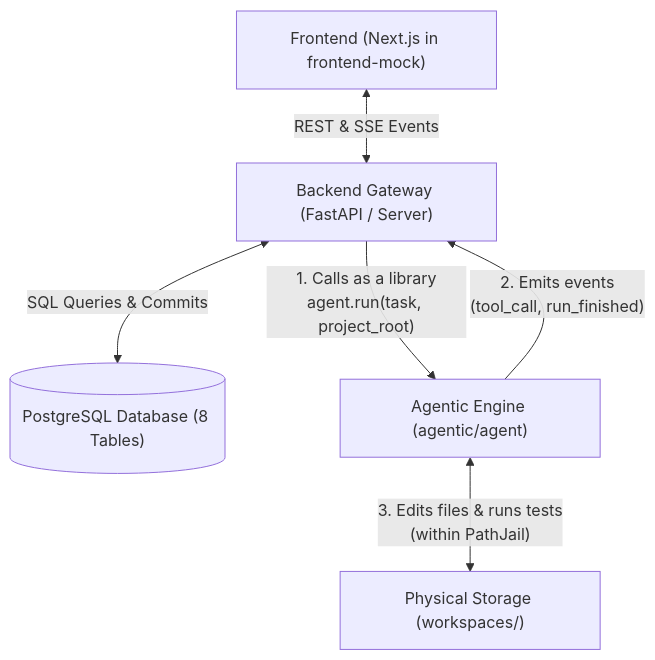
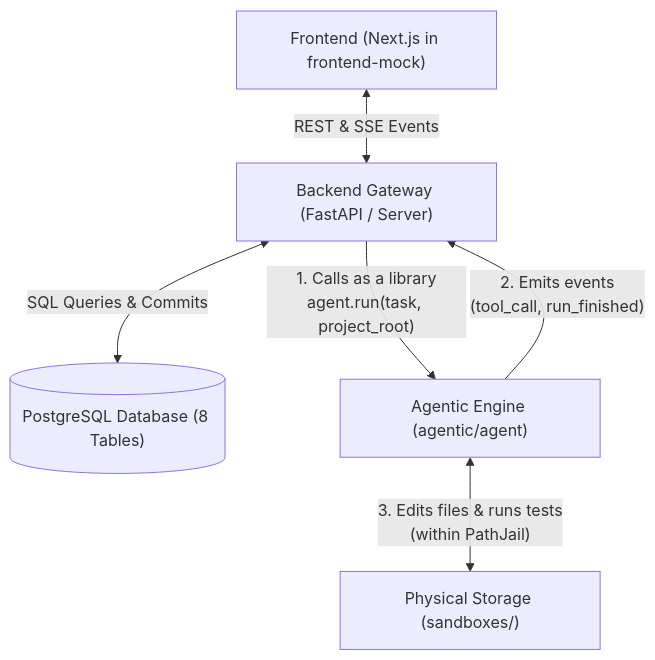
One commit to vishal-vaish/Tinker changed the diagram in docs/ARCHITECTURE_PROMPT.md. Above: the diagram before and after it, drawn with Mermaid. The commit also changed other lines of this file and 15 other files, not shown here.

Commit message:
feat: migrate to isolated sandboxes storage with nextjs default and readable run logs

````diff
--- a/docs/ARCHITECTURE_PROMPT.md
+++ b/docs/ARCHITECTURE_PROMPT.md
@@ -34,14 +34,14 @@
 ```mermaid
 flowchart TD
     UI["Frontend (Next.js in frontend-mock)"]
     API["Backend Gateway (FastAPI / Server)"]
     DB[("PostgreSQL Database (8 Tables)")]
     Agent["Agentic Engine (agentic/agent)"]
-    Disk["Physical Storage (workspaces/)"]
+    Disk["Physical Storage (sandboxes/)"]
 
     UI <-->|"REST & SSE Events"| API
     API <-->|"SQL Queries & Commits"| DB
     API -->|"1. Calls as a library\nagent.run(task, project_root)"| Agent
     Agent -->|"2. Emits events\n(tool_call, run_finished)"| API
     Agent <-->|"3. Edits files & runs tests\n(within PathJail)"| Disk
 ```
````
